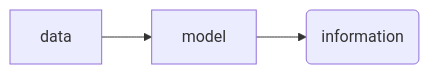
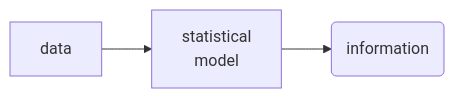
One commit to mstasinopoulos/GrossaryForDR changed the ninth of 19 diagrams in Glossary of distributional regression.qmd. Above: the diagram before and after it, drawn with Mermaid. The commit also changed other lines of this file, not shown here.

````diff
--- a/Glossary of distributional regression.qmd
+++ b/Glossary of distributional regression.qmd
@@ -2208,8 +2287,8 @@
 ```{mermaid}
 %%| fig-width: 2
 %%| label: fig-mod_2
-%%| fig-cap: "Showing how a model is behaving as afilter to extract information from the data"
+%%| fig-cap: "Showing how a model is behaving as filter to extract information from the data"
 flowchart LR
-  D[data] --> M[model] 
+  D[data] --> M[statistical <br \> model] 
   M --> I(information)
 ```
````
